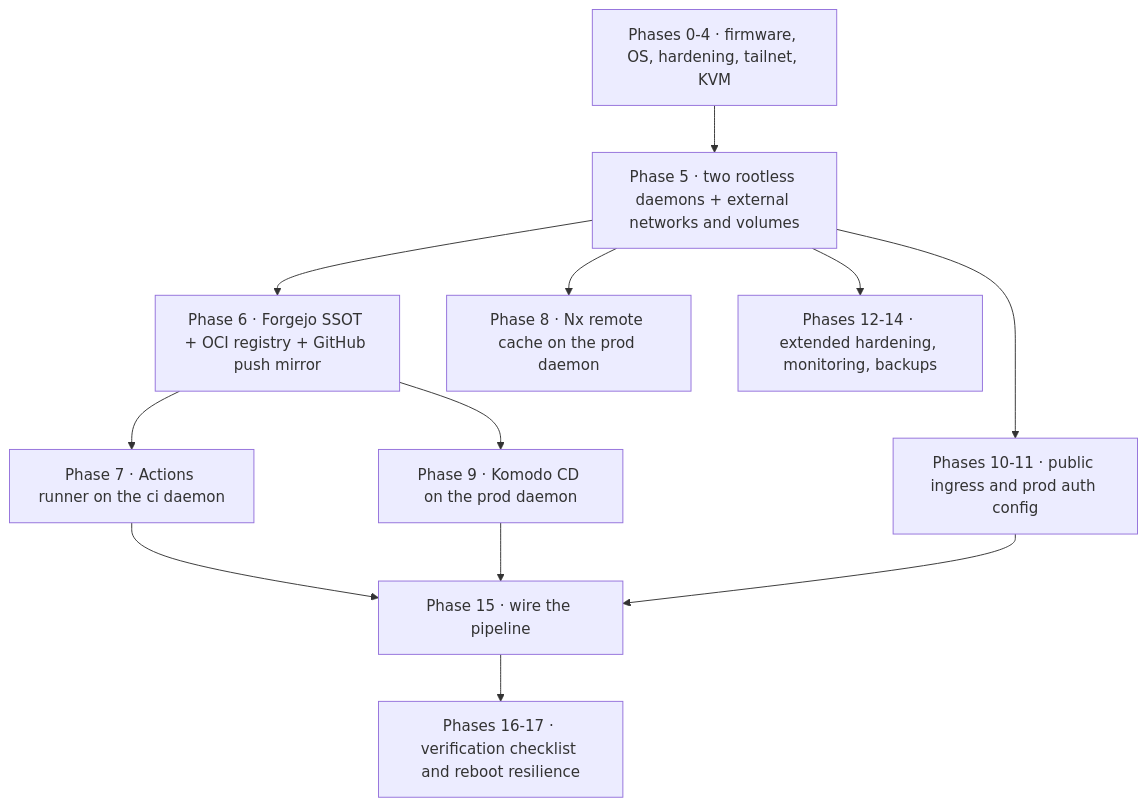
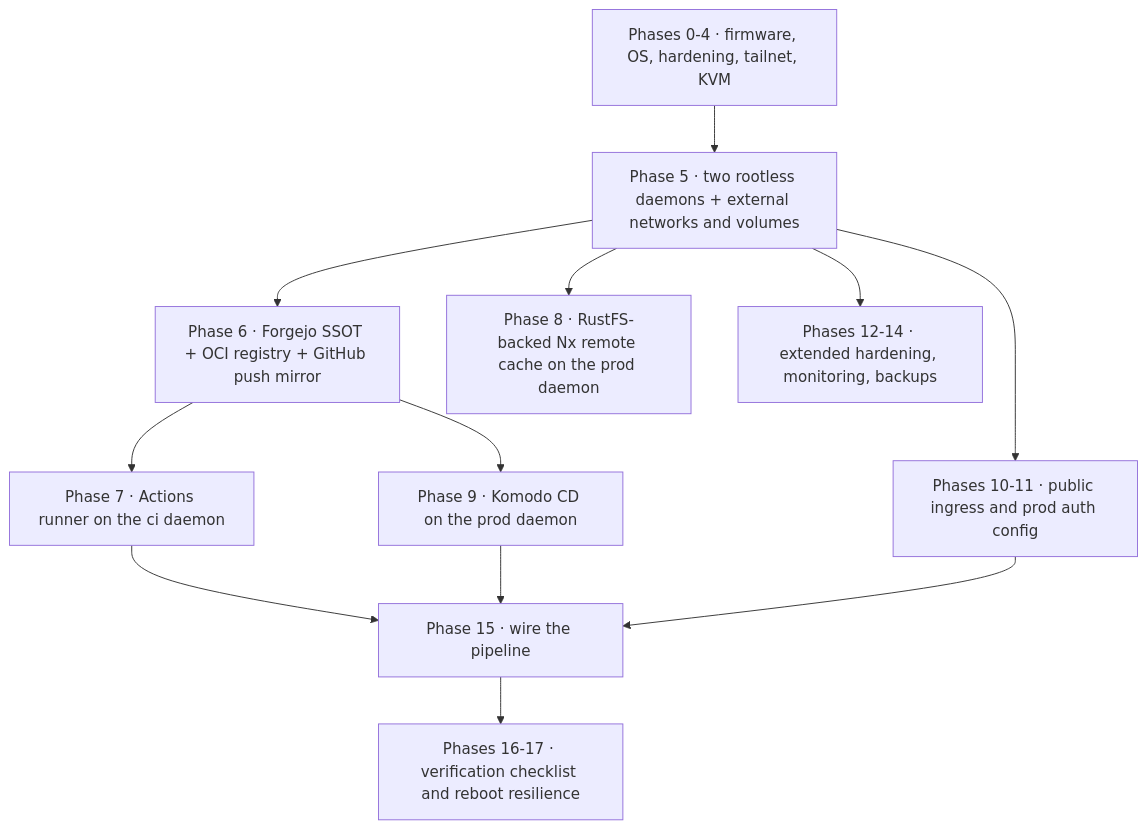
One commit to jumbleknot/MovieCollectionManager changed the diagram in openwiki/runbooks/server-setup.md. Above: the diagram before and after it, drawn with Mermaid. The commit also changed other lines of this file and 25 other files, not shown here.

````diff
--- a/openwiki/runbooks/server-setup.md
+++ b/openwiki/runbooks/server-setup.md
@@ -159,14 +142,14 @@
 ```mermaid
 flowchart TD
   Host["Phases 0-4 · firmware, OS, hardening, tailnet, KVM"] --> Daemons["Phase 5 · two rootless daemons + external networks and volumes"]
   Daemons --> Forgejo["Phase 6 · Forgejo SSOT + OCI registry + GitHub push mirror"]
-  Daemons --> Cache["Phase 8 · Nx remote cache on the prod daemon"]
+  Daemons --> Cache["Phase 8 · RustFS-backed Nx remote cache on the prod daemon"]
   Daemons --> Ops["Phases 12-14 · extended hardening, monitoring, backups"]
   Forgejo --> Runner["Phase 7 · Actions runner on the ci daemon"]
   Forgejo --> Komodo["Phase 9 · Komodo CD on the prod daemon"]
   Daemons --> Ingress["Phases 10-11 · public ingress and prod auth config"]
   Runner --> Pipeline["Phase 15 · wire the pipeline"]
   Komodo --> Pipeline
   Ingress --> Pipeline
   Pipeline --> Verify["Phases 16-17 · verification checklist and reboot resilience"]
 ```
````
